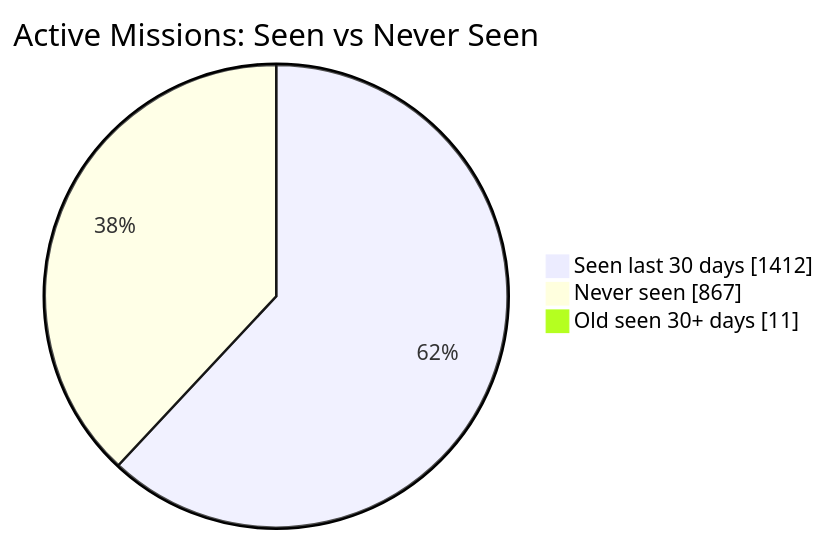
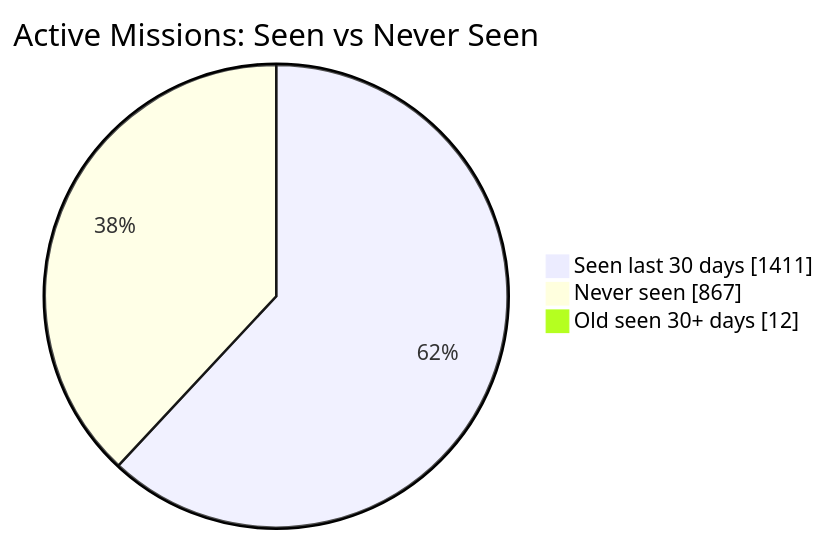
One commit to MeldkamerspelGameTeam/active-missions changed the first of 2 diagrams in README.md. Above: the diagram before and after it, drawn with Mermaid. The commit also changed other lines of this file and 3 other files, not shown here.

````diff
--- a/README.md
+++ b/README.md
@@ -34,7 +34,7 @@
 ```mermaid
 pie showData
     title Active Missions: Seen vs Never Seen
-    "Seen last 30 days" : 1412
+    "Seen last 30 days" : 1411
     "Never seen" : 867
-    "Old seen 30+ days" : 11
+    "Old seen 30+ days" : 12
 ```
````
